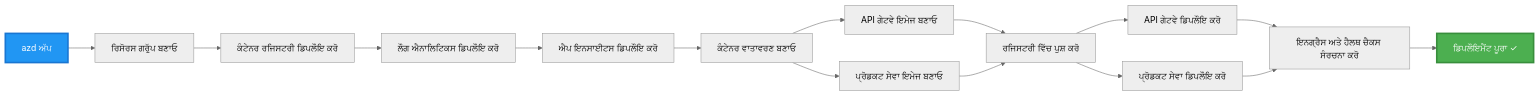
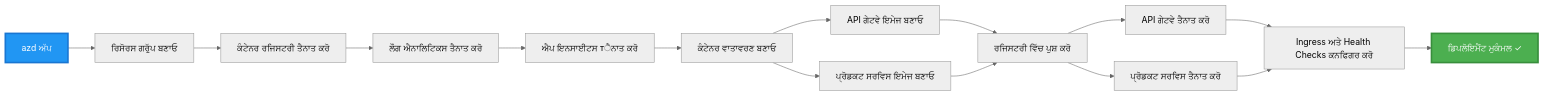
The third of 4 diagrams in translations/pa/examples/microservices/README.md (microsoft/AZD-for-beginners), drawn with Mermaid (neutral theme) before and after one commit. The commit also changed other lines of this file and 354 other files, not shown here.

````diff
--- a/translations/pa/examples/microservices/README.md
+++ b/translations/pa/examples/microservices/README.md
@@ -242,20 +233,20 @@
 ```mermaid
 graph LR
     A[azd ਅੱਪ] --> B[ਰਿਸੋਰਸ ਗਰੁੱਪ ਬਣਾਓ]
-    B --> C[ਕੰਟੇਨਰ ਰਜਿਸਟਰੀ ਡਿਪਲੌਇ ਕਰੋ]
-    C --> D[ਲੌਗ ਐਨਾਲਿਟਿਕਸ ਡਿਪਲੌਇ ਕਰੋ]
-    D --> E[ਐਪ ਇਨਸਾਈਟਸ ਡਿਪਲੌਇ ਕਰੋ]
+    B --> C[ਕੰਟੇਨਰ ਰਜਿਸਟਰੀ ਤੈਨਾਤ ਕਰੋ]
+    C --> D[ਲੌਗ ਐਨਾਲਿਟਿਕਸ ਤੈਨਾਤ ਕਰੋ]
+    D --> E[ਐਪ ਇਨਸਾਈਟਸ тੈਨਾਤ ਕਰੋ]
     E --> F[ਕੰਟੇਨਰ ਵਾਤਾਵਰਣ ਬਣਾਓ]
     F --> G[API ਗੇਟਵੇ ਇਮੇਜ ਬਣਾਓ]
-    F --> H[ਪ੍ਰੋਡਕਟ ਸੇਵਾ ਇਮੇਜ ਬਣਾਓ]
+    F --> H[ਪ੍ਰੋਡਕਟ ਸਰਵਿਸ ਇਮੇਜ ਬਣਾਓ]
     G --> I[ਰਜਿਸਟਰੀ ਵਿੱਚ ਪੁਸ਼ ਕਰੋ]
     H --> I
-    I --> J[API ਗੇਟਵੇ ਡਿਪਲੌਇ ਕਰੋ]
-    I --> K[ਪ੍ਰੋਡਕਟ ਸੇਵਾ ਡਿਪਲੌਇ ਕਰੋ]
-    J --> L[ਇਨਗ੍ਰੈਸ ਅਤੇ ਹੈਲਥ ਚੈਕਸ ਸੰਰਚਨਾ ਕਰੋ]
+    I --> J[API ਗੇਟਵੇ ਤੈਨਾਤ ਕਰੋ]
+    I --> K[ਪ੍ਰੋਡਕਟ ਸਰਵਿਸ ਤੈਨਾਤ ਕਰੋ]
+    J --> L[Ingress ਅਤੇ Health Checks ਕਨਫਿਗਰ ਕਰੋ]
     K --> L
-    L --> M[ਡਿਪਲੌਇਮੈਂਟ ਪੂਰਾ ✓]
+    L --> M[ਡਿਪਲੋਇਮੈਂਟ ਮੁਕੰਮਲ ✓]
     
     style A fill:#2196F3,stroke:#1976D2,stroke-width:3px,color:#fff
     style M fill:#4CAF50,stroke:#388E3C,stroke-width:3px,color:#fff
 ```
````
